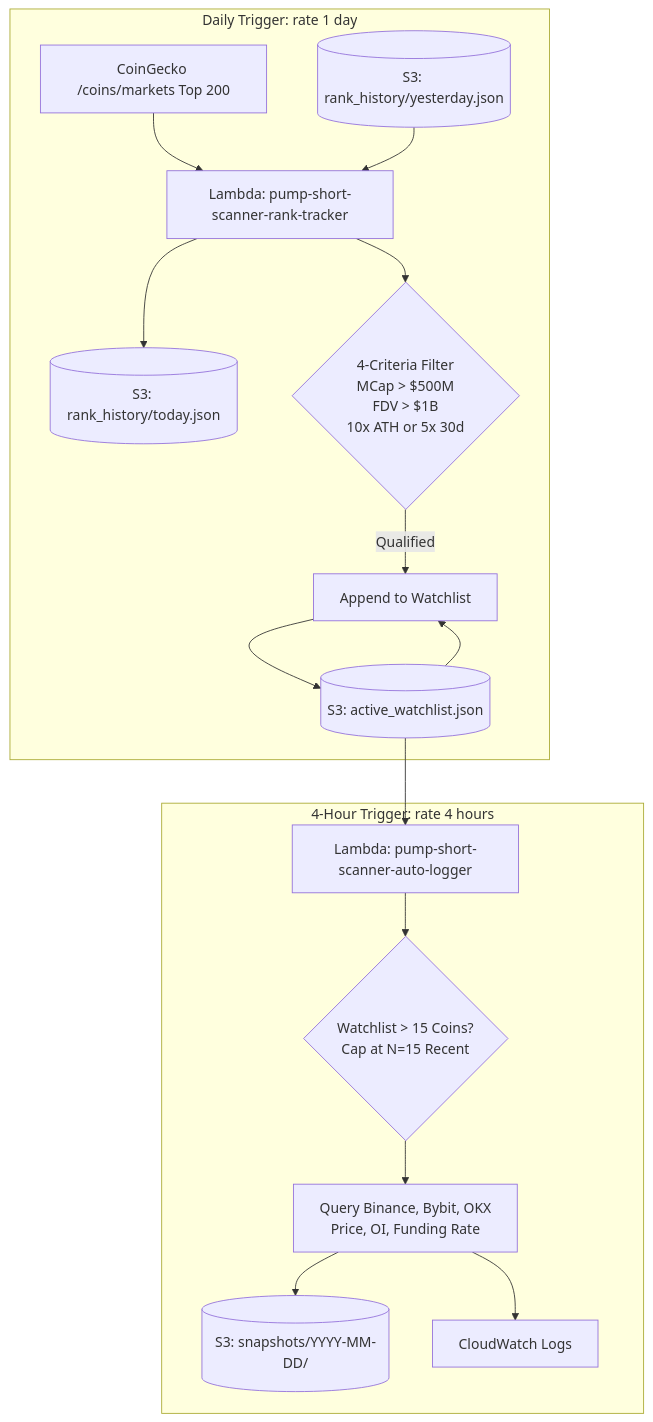
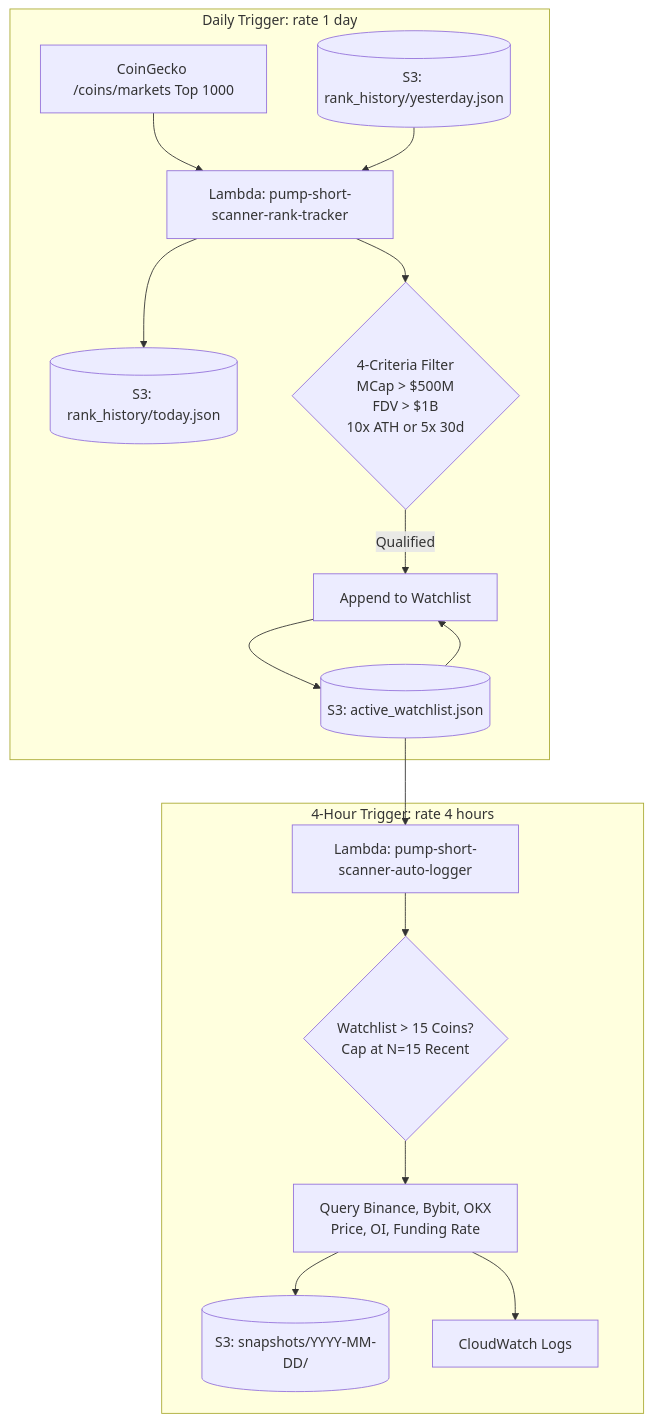
The diagram in README.md (dhanrajgupta2736/pump-short-scanner), drawn with Mermaid before and after one commit. The commit also changed other lines of this file and 2 other files, not shown here.

Commit message:
feat: Expand daily rank tracker to Top 1000 coins and increase Lambda timeout to 300s

````diff
--- a/README.md
+++ b/README.md
@@ -72,20 +72,20 @@
 ```mermaid
 flowchart TD
     subgraph Job 1: Candidate Discovery [Daily Trigger: rate 1 day]
-        CG[CoinGecko /coins/markets Top 200] --> RT[Lambda: pump-short-scanner-rank-tracker]
+        CG[CoinGecko /coins/markets Top 1000] --> RT[Lambda: pump-short-scanner-rank-tracker]
         S3_Hist_Old[(S3: rank_history/yesterday.json)] --> RT
         RT --> S3_Hist_New[(S3: rank_history/today.json)]
         RT --> Filter{4-Criteria Filter<br/>MCap > $500M<br/>FDV > $1B<br/>10x ATH or 5x 30d}
         Filter -- Qualified --> WL_Update[Append to Watchlist]
         S3_WL[(S3: active_watchlist.json)] --> WL_Update
         WL_Update --> S3_WL
     end
 
     subgraph Job 2: Derivative Logging [4-Hour Trigger: rate 4 hours]
         S3_WL --> AL[Lambda: pump-short-scanner-auto-logger]
         AL --> Safeguard{Watchlist > 15 Coins?<br/>Cap at N=15 Recent}
         Safeguard --> FetchEx[Query Binance, Bybit, OKX<br/>Price, OI, Funding Rate]
         FetchEx --> S3_Snaps[(S3: snapshots/YYYY-MM-DD/)]
         FetchEx --> CW[CloudWatch Logs]
     end
 ```
````
